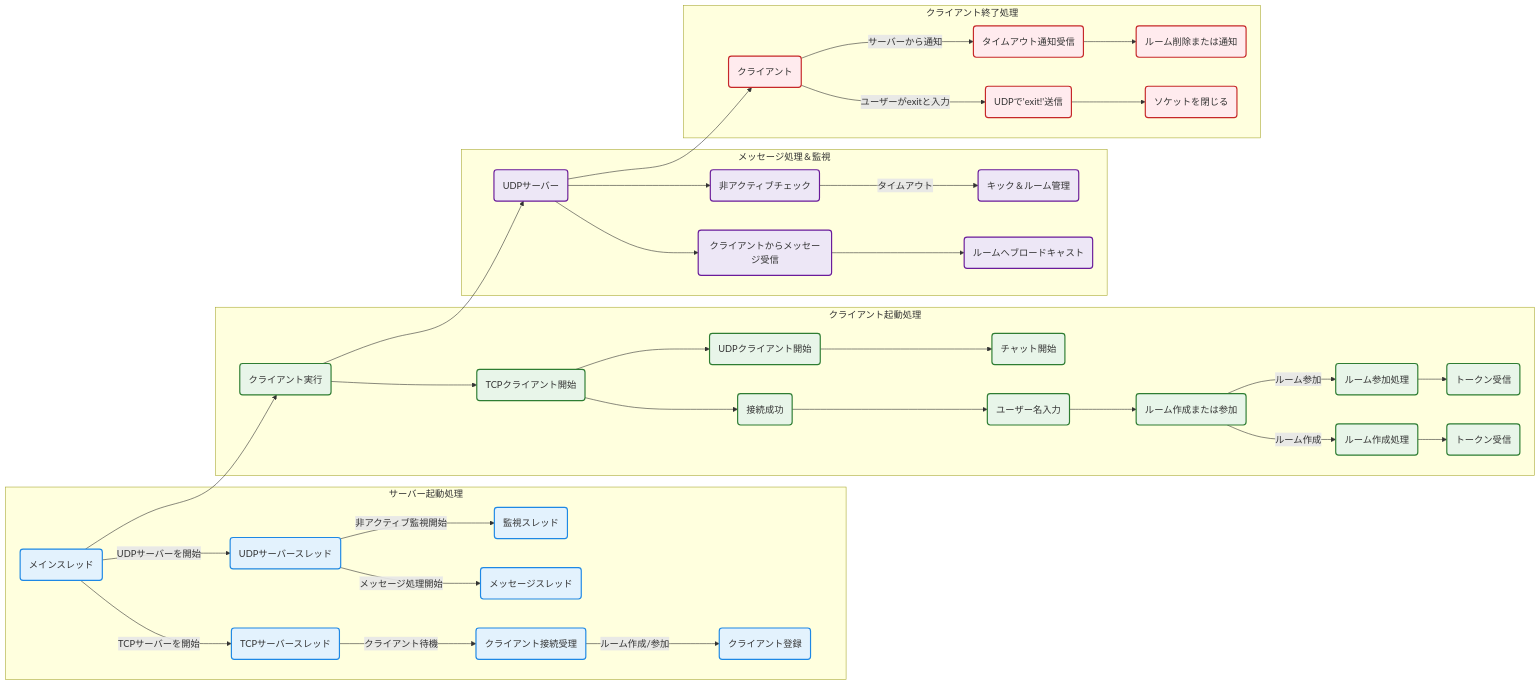
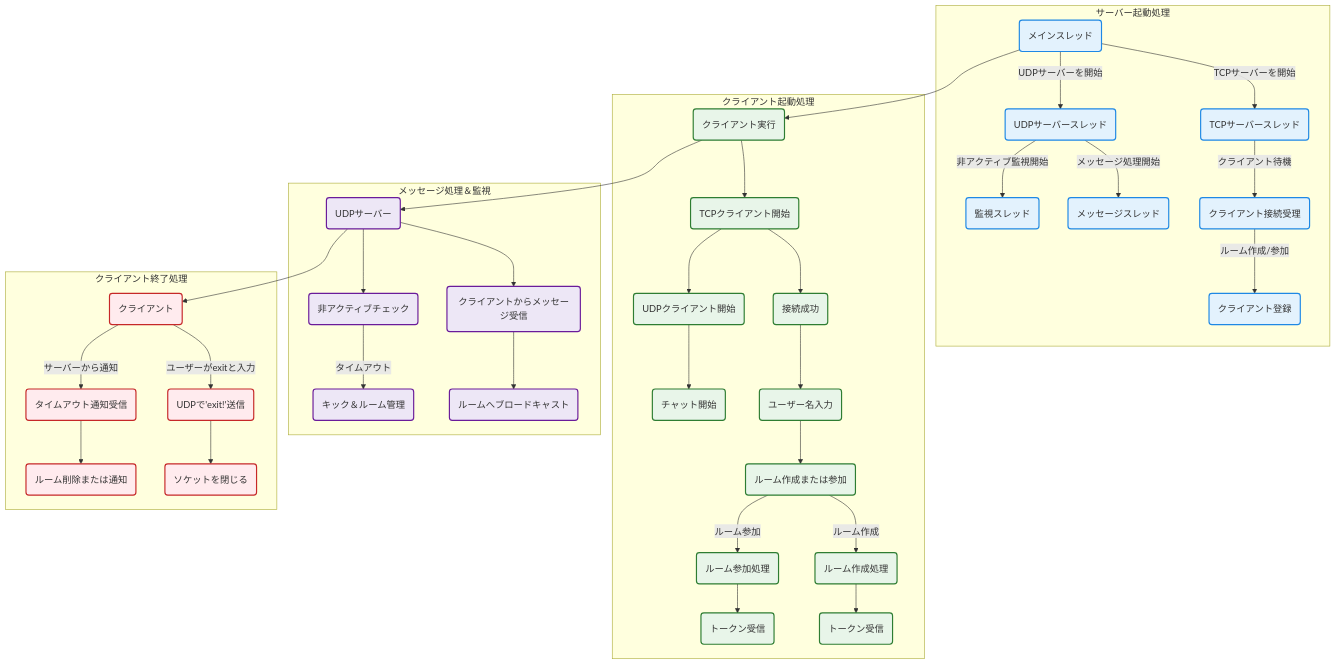
The first of 4 diagrams in README.md (BackendExplorer/Tenshin), drawn with Mermaid before and after one commit.

````diff
--- a/README.md
+++ b/README.md
@@ -1,5 +1,5 @@
 ```mermaid
-graph LR
+graph TD
 
 %% スタイル定義
 classDef server fill:#e3f2fd,stroke:#1e88e5,stroke-width:2px
@@ -81,7 +81,8 @@
 class D1,D2,D3,D4,D5 warning
 end
 
-%% 左→右フロー制御
+%% 処理の全体接続（縦方向）
 A1 --> B1 --> C1 --> D1
 
+
 ```
````
